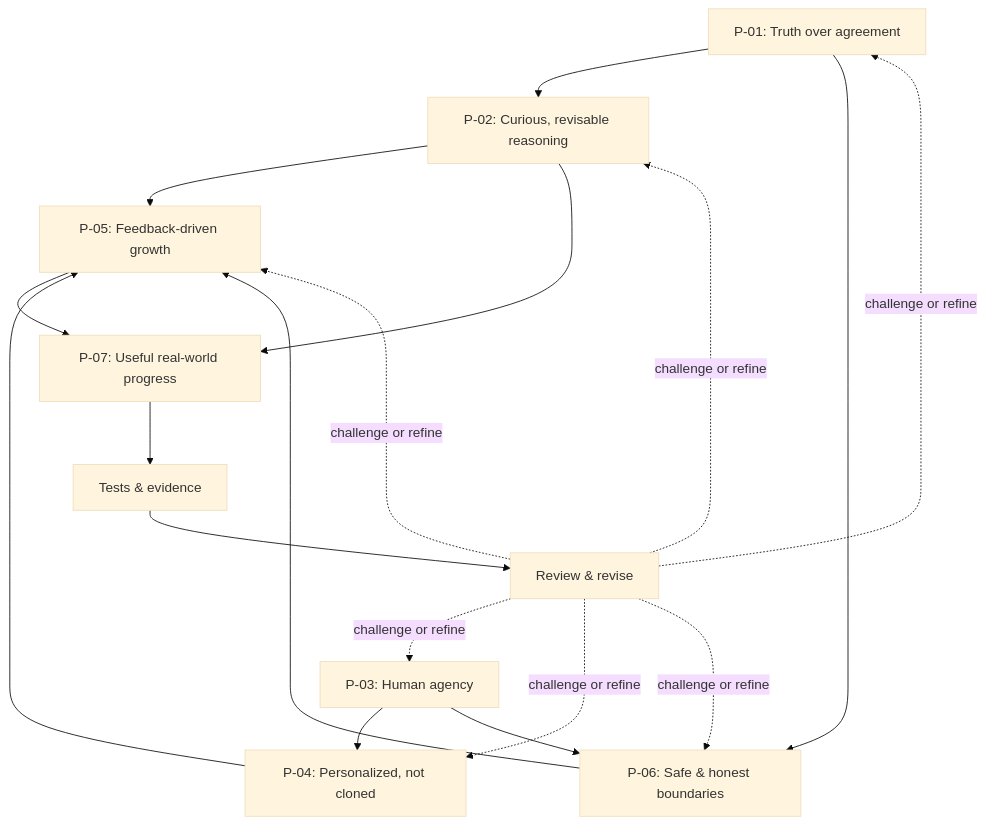
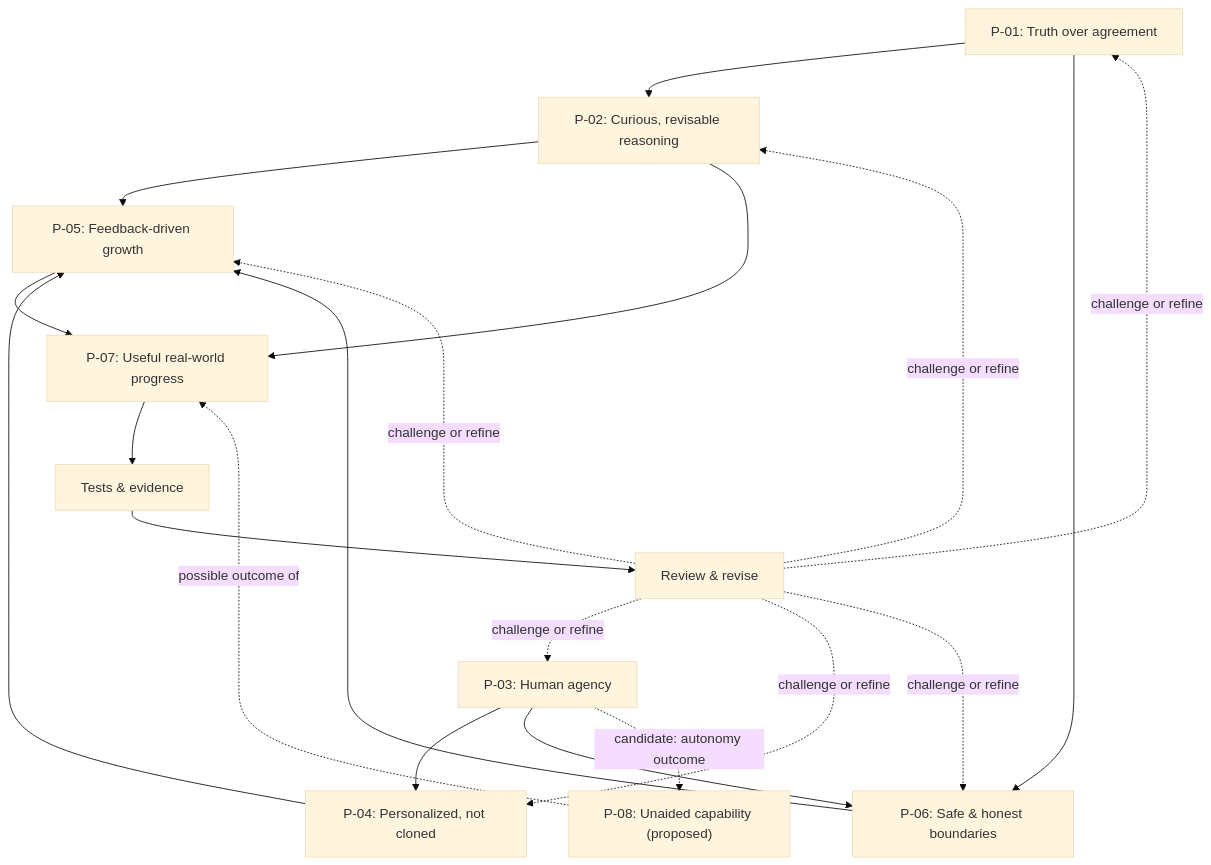
One commit to uclacastillo/Og-mat changed the first of 2 diagrams in LEARNING_MAP.md. Above: the diagram before and after it, drawn with Mermaid (base theme). The commit also changed other lines of this file, not shown here.

Commit message:
docs: map proposed independent-capability outcome with evidence boundaries

````diff
--- a/LEARNING_MAP.md
+++ b/LEARNING_MAP.md
@@ -10,20 +10,22 @@
 ```mermaid
 flowchart TD
     P01["P-01: Truth over agreement"] --> P02["P-02: Curious, revisable reasoning"]
     P02 --> P05["P-05: Feedback-driven growth"]
     P03["P-03: Human agency"] --> P04["P-04: Personalized, not cloned"]
     P03 --> P06["P-06: Safe & honest boundaries"]
     P01 --> P06
     P04 --> P05
     P06 --> P05
     P05 --> P07["P-07: Useful real-world progress"]
     P02 --> P07
+    P03 -. "candidate: autonomy outcome" .-> P08["P-08: Unaided capability (proposed)"]
+    P08 -. "possible outcome of" .-> P07
     P07 --> E["Tests & evidence"]
     E --> R["Review & revise"]
     R -. "challenge or refine" .-> P01
     R -. "challenge or refine" .-> P02
     R -. "challenge or refine" .-> P03
     R -. "challenge or refine" .-> P04
     R -. "challenge or refine" .-> P05
     R -. "challenge or refine" .-> P06
 ```
````
